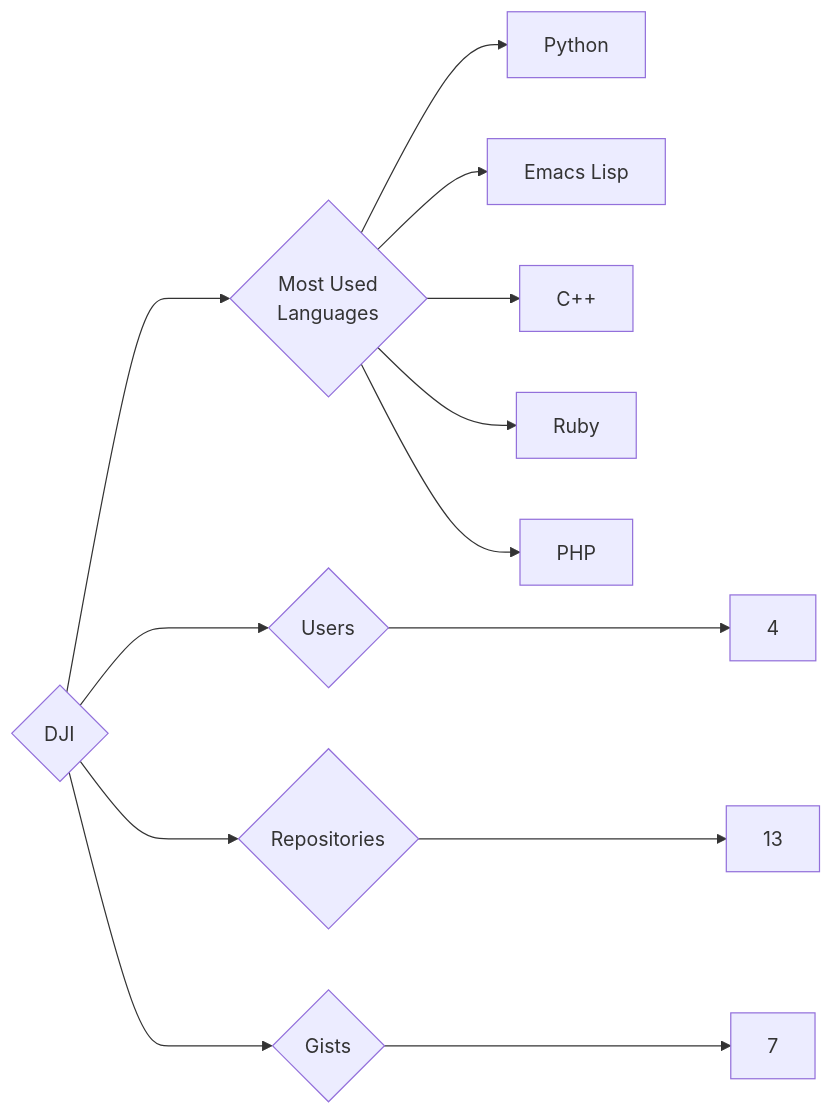
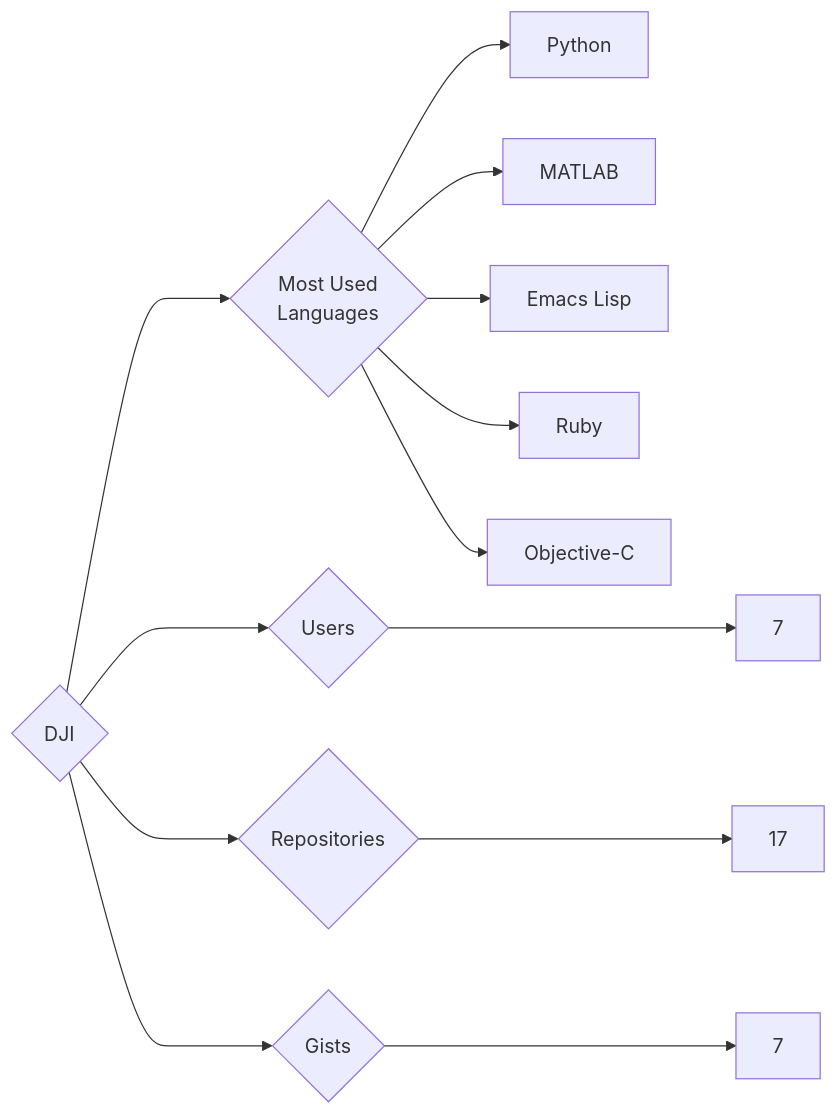
The diagram in targets/DJI/README.md (trickest/insiders), drawn with Mermaid before and after one commit. The commit also changed 1141 other files, not shown here.

````diff
--- a/targets/DJI/README.md
+++ b/targets/DJI/README.md
@@ -3,13 +3,13 @@
 ```mermaid
 graph LR
 COMPANY_NAME{DJI}
-COMPANY_NAME ---> U{Users} ---> UN[4]
-COMPANY_NAME ---> R{Repositories} ---> RN[13]
+COMPANY_NAME ---> U{Users} ---> UN[7]
+COMPANY_NAME ---> R{Repositories} ---> RN[17]
 COMPANY_NAME ---> G{Gists} ---> GN[7]
 COMPANY_NAME ---> ML{Most Used<br>Languages}
 ML --> Python[Python]
+ML --> MATLAB[MATLAB]
 ML --> Emacs_Lisp[Emacs Lisp]
-ML --> C++[C++]
 ML --> Ruby[Ruby]
-ML --> PHP[PHP]
+ML --> Objective-C[Objective-C]
 ```
````
